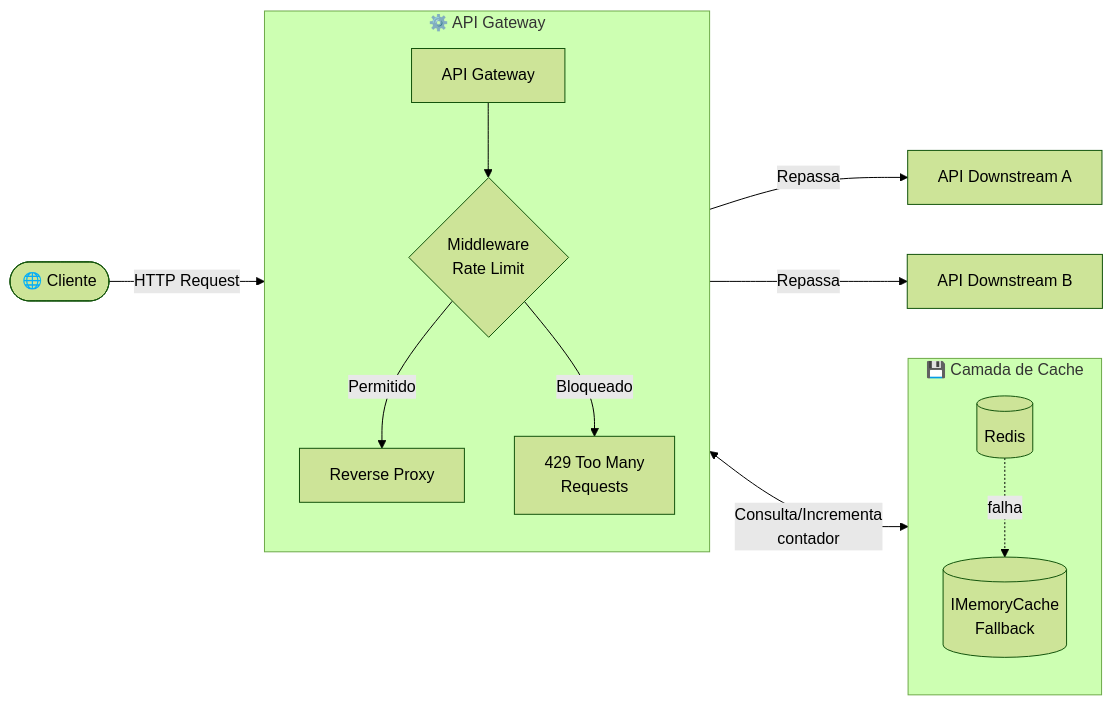
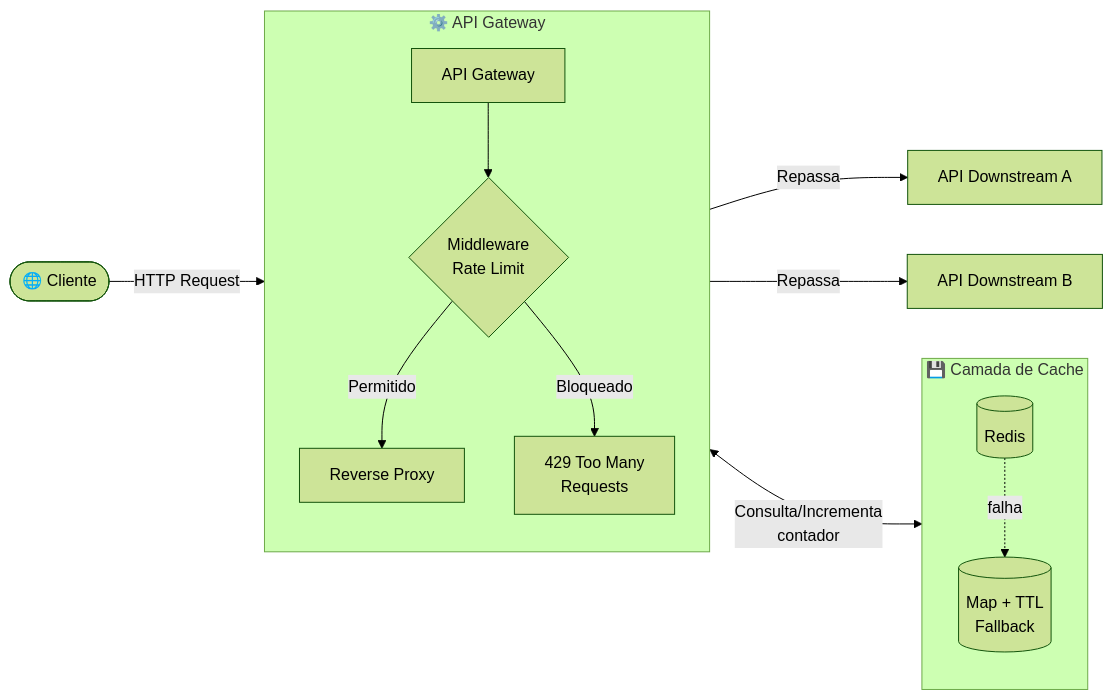
One commit to samuka7abr/no-crud-projects changed the first of 3 diagrams in Rate_limiter_API_gateway/README.md. Above: the diagram before and after it, drawn with Mermaid (forest theme). The commit also changed other lines of this file, not shown here.

````diff
--- a/Rate_limiter_API_gateway/README.md
+++ b/Rate_limiter_API_gateway/README.md
@@ -33,22 +35,22 @@
 ```mermaid
 flowchart LR
     Client([🌐 Cliente]) -->|HTTP Request| GW[API Gateway]
 
     subgraph Gateway["⚙️ API Gateway"]
         direction TB
         GW --> MW{Middleware\nRate Limit}
         MW -->|Permitido| Proxy[Reverse Proxy]
         MW -->|Bloqueado| R429[429 Too Many\nRequests]
     end
 
     subgraph Cache["💾 Camada de Cache"]
         direction TB
         Redis[(Redis)]
-        MemCache[(IMemoryCache\nFallback)]
+        MemCache[(Map + TTL\nFallback)]
     end
 
     MW <-->|Consulta/Incrementa\ncontador| Redis
     Redis -. falha .-> MemCache
     Proxy -->|Repassa| API1[API Downstream A]
     Proxy -->|Repassa| API2[API Downstream B]
 ```
````
